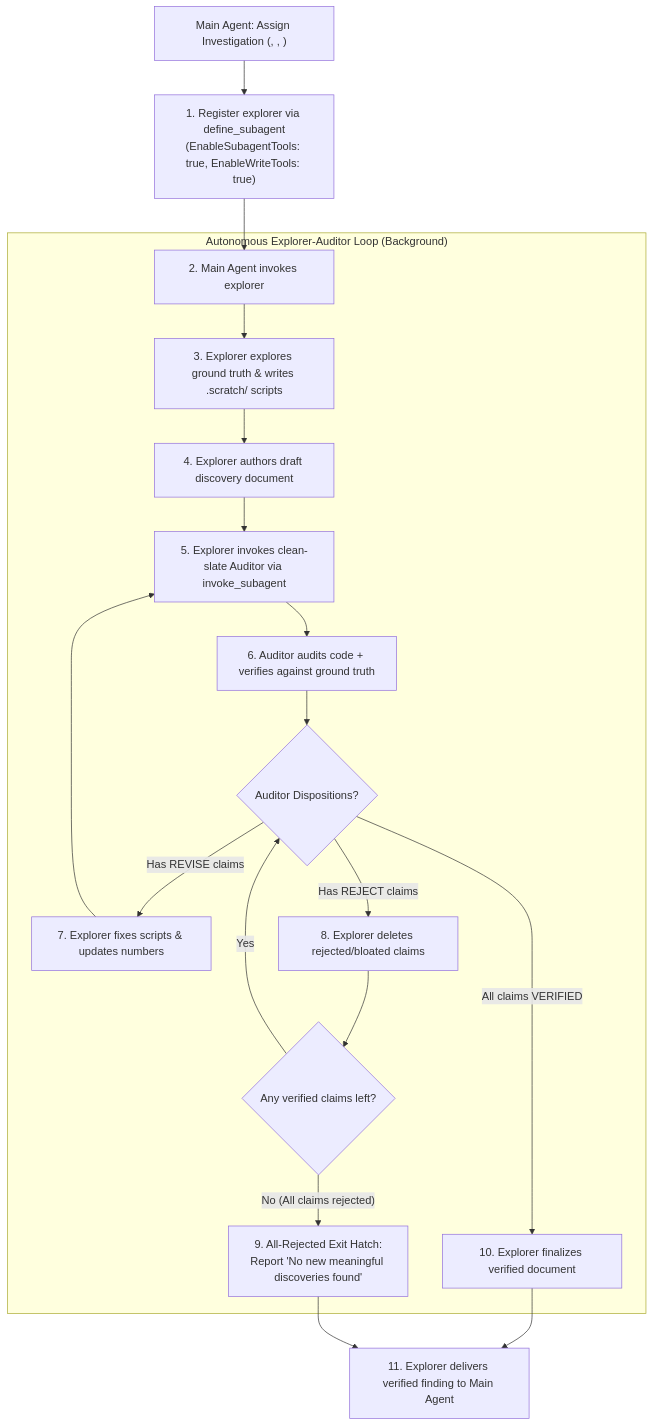
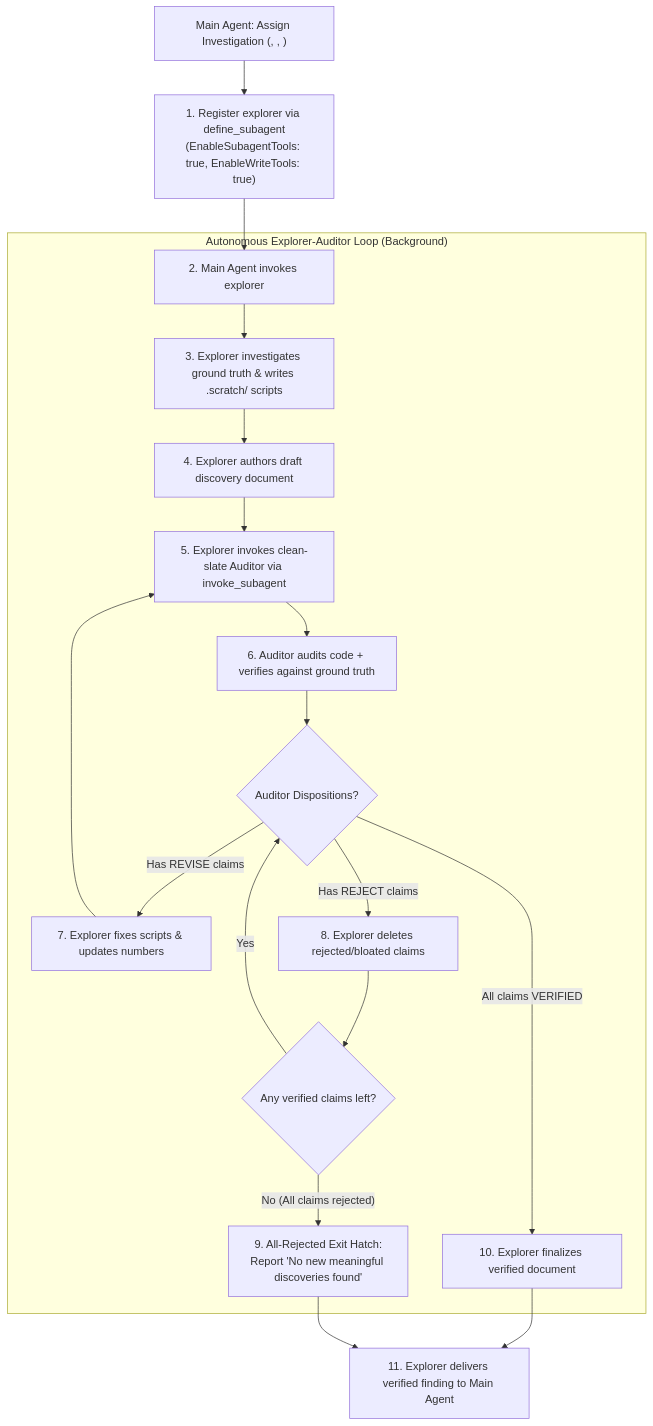
The diagram in engineering/empirical-discovery-loop/SKILL.md (loerei/myskills), drawn with Mermaid before and after one commit. The commit also changed other lines of this file and 3 other files, not shown here.

````diff
--- a/engineering/empirical-discovery-loop/SKILL.md
+++ b/engineering/empirical-discovery-loop/SKILL.md
@@ -27,23 +31,23 @@
 ```mermaid
 flowchart TD
     Start["Main Agent: Assign Investigation (<objective>, <known_baseline>, <target_scope>)"] --> Register["1. Register explorer via define_subagent<br/>(EnableSubagentTools: true, EnableWriteTools: true)"]
     Register --> SpawnExplorer["2. Main Agent invokes explorer"]
     
     subgraph LOOP["Autonomous Explorer-Auditor Loop (Background)"]
-        SpawnExplorer --> Explore["3. Explorer explores ground truth & writes .scratch/ scripts"]
+        SpawnExplorer --> Explore["3. Explorer investigates ground truth & writes .scratch/ scripts"]
         Explore --> Draft["4. Explorer authors draft discovery document"]
         Draft --> SpawnAuditor["5. Explorer invokes clean-slate Auditor via invoke_subagent"]
         SpawnAuditor --> AuditExec["6. Auditor audits code + verifies against ground truth"]
         AuditExec --> AuditVerdict{"Auditor Dispositions?"}
         
         AuditVerdict -->|"Has REVISE claims"| Amend["7. Explorer fixes scripts & updates numbers"] --> SpawnAuditor
         AuditVerdict -->|"Has REJECT claims"| Prune["8. Explorer deletes rejected/bloated claims"] --> CheckRemaining{"Any verified claims left?"}
         
         CheckRemaining -->|"Yes"| AuditVerdict
         CheckRemaining -->|"No (All claims rejected)"| EmptyReport["9. All-Rejected Exit Hatch:<br/>Report 'No new meaningful discoveries found'"]
         AuditVerdict -->|"All claims VERIFIED"| FinalDoc["10. Explorer finalizes verified document"]
     end
     
     FinalDoc --> ReportMain["11. Explorer delivers verified finding to Main Agent"]
     EmptyReport --> ReportMain
 ```
````
